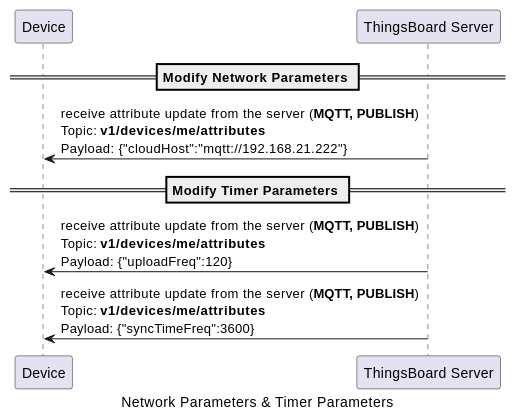
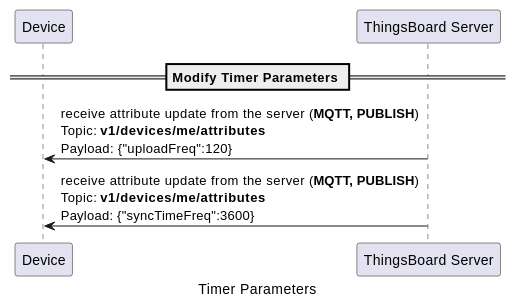
Before and after one commit to avantec-iot/avantec-thingsboard: diagram 12 of 17 in docs/device/ta652fc-w/ta652fc-w-mqtt-api.rst, drawn with PlantUML. The commit also changed other lines of this file, not shown here.

Commit message:
modify TA652FC-W protocol

```diff
--- a/docs/device/ta652fc-w/ta652fc-w-mqtt-api.rst
+++ b/docs/device/ta652fc-w/ta652fc-w-mqtt-api.rst
@@ -775,13 +797,10 @@
   .. uml::
 
-    caption  Network Parameters & Timer Parameters
+    caption  Timer Parameters
 
     participant "Device" as TBDev order 10
     participant "ThingsBoard Server"  as TBSrv order 20 
 
-    == Modify Network Parameters ==
-    TBDev  <-  TBSrv: receive attribute update from the server (**MQTT, PUBLISH**) \nTopic: **v1/devices/me/attributes** \nPayload: {"cloudHost":"mqtt://192.168.21.222"}
-
     == Modify Timer Parameters ==
     TBDev  <-  TBSrv: receive attribute update from the server (**MQTT, PUBLISH**) \nTopic: **v1/devices/me/attributes** \nPayload: {"uploadFreq":120}
     TBDev  <-  TBSrv: receive attribute update from the server (**MQTT, PUBLISH**) \nTopic: **v1/devices/me/attributes** \nPayload: {"syncTimeFreq":3600}
```
